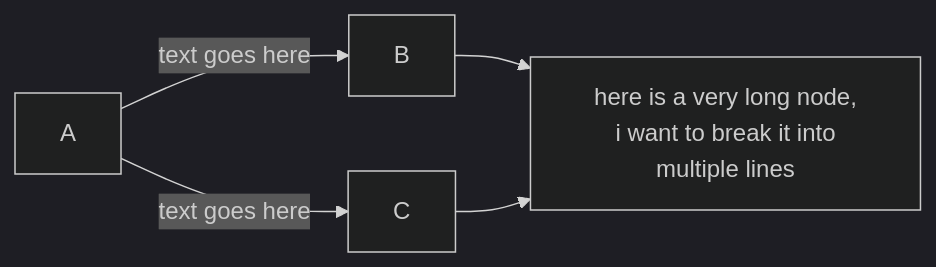
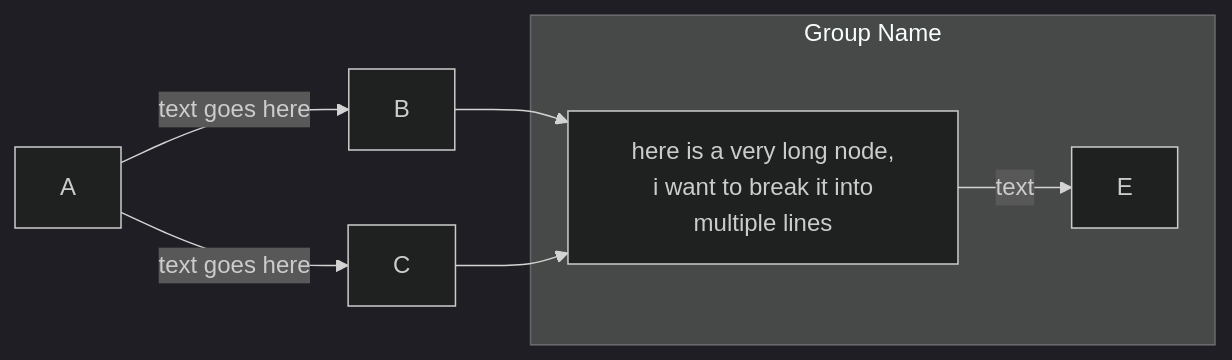
The first of 4 diagrams in Aesthetic/example.md (ALXS-GitHub/Markdown-Themes), drawn with Mermaid (dark theme) before and after one commit. The commit also changed other lines of this file and 2 other files, not shown here.

Commit message:
new color for groups in mermaid

````diff
--- a/Aesthetic/example.md
+++ b/Aesthetic/example.md
@@ -213,7 +213,11 @@
 ```mermaid
 graph LR;
     A-->|text goes here|B;
     A-->|text goes here|C;
     B-->D[here is a very long node,<br> i want to break it into multiple lines];
     C-->D;
+
+    subgraph S[Group Name]
+        D-->|text|E;
+    end
 ```
````
